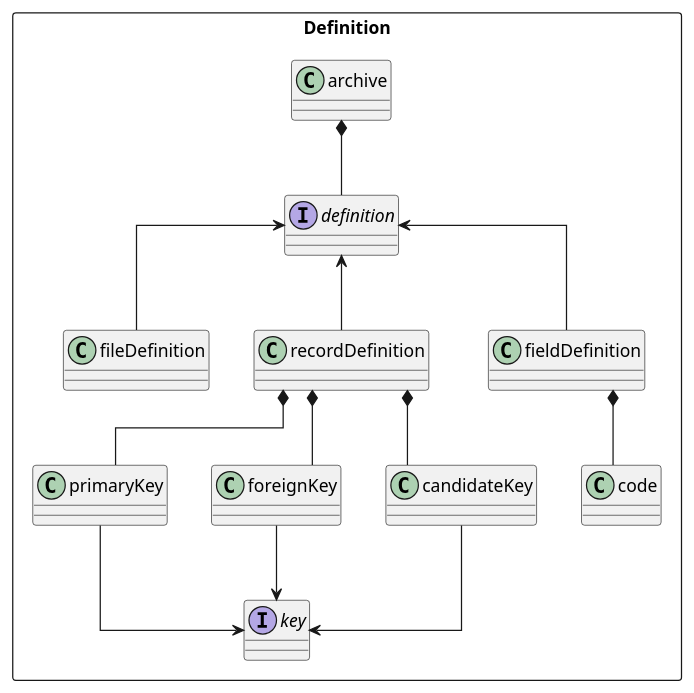
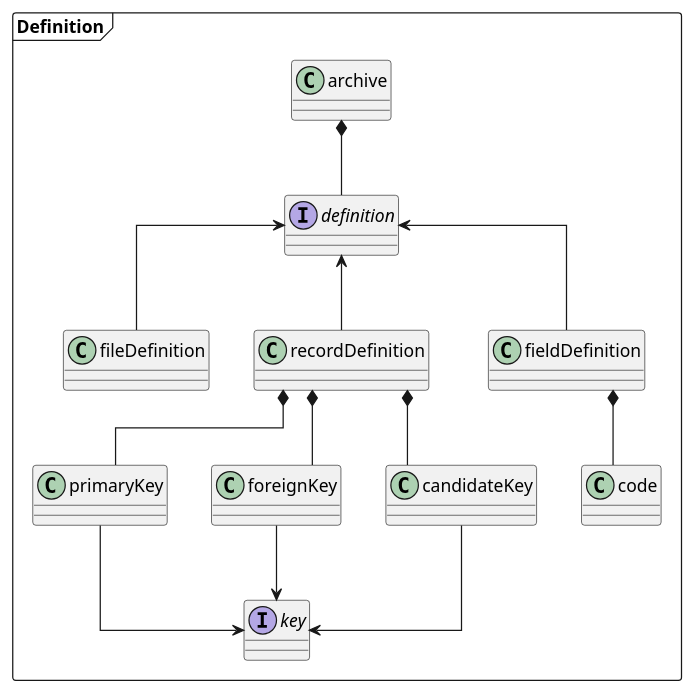
The diagram in usage/aspirations/umls/uml-definition.puml (joergen-vs/73027c42-c2cd-4c62-b1f4-2532c0eb8dab), drawn with PlantUML before and after one commit. The commit also changed 4 other files, not shown here.

```diff
--- a/usage/aspirations/umls/uml-definition.puml
+++ b/usage/aspirations/umls/uml-definition.puml
@@ -1,25 +1,25 @@
 @startuml
 skinparam linetype polyline
 skinparam linetype ortho
 
-package "Definition" <<Rectangle>> {
+package "Definition" <<Frame>> {
 archive *-- definition
 
 interface definition
 interface key
 
 definition <-- fileDefinition
 definition <-- recordDefinition
 definition <-- fieldDefinition
 
 recordDefinition *-- primaryKey
 recordDefinition *-- foreignKey
 recordDefinition *-- candidateKey
 primaryKey --> key
 foreignKey --> key
 candidateKey --> key
 
 fieldDefinition *-- code
 }
 
 @enduml
```
